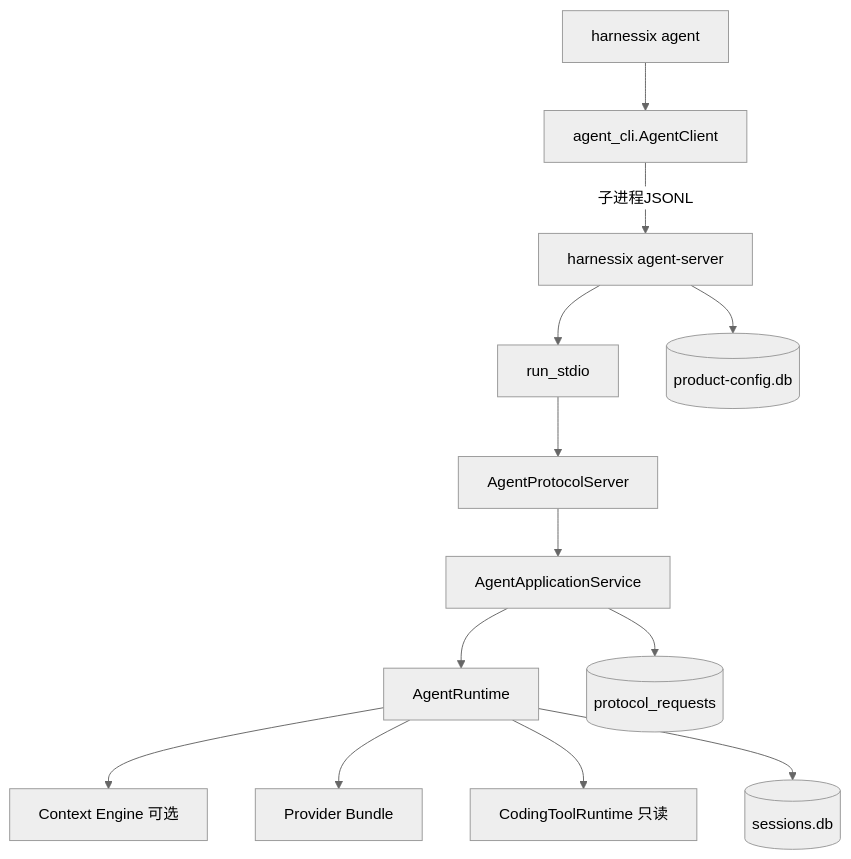
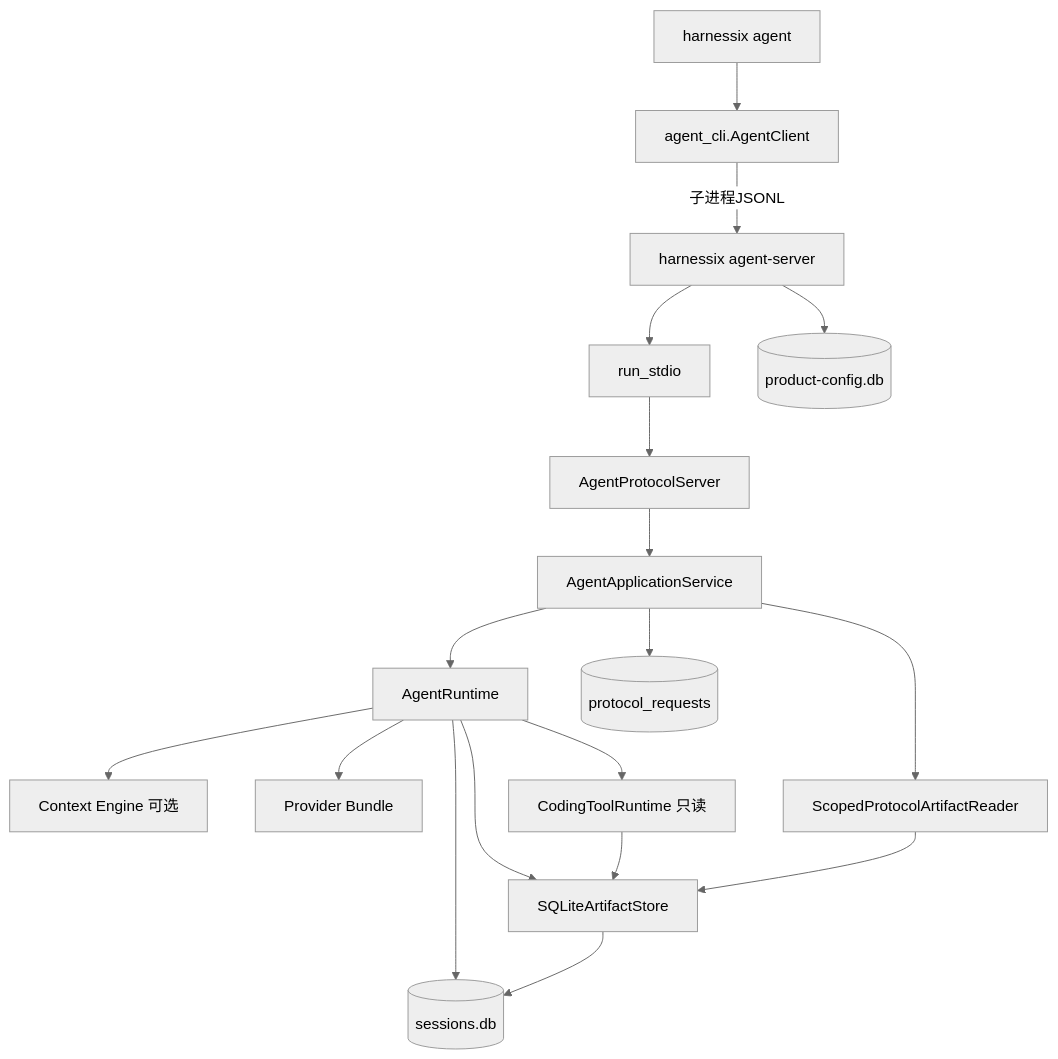
The second of 13 diagrams in docs/architecture.md (carrie1988/Harnessix), drawn with Mermaid (neutral theme) before and after one commit. The commit also changed other lines of this file and 27 other files, not shown here.

````diff
--- a/docs/architecture.md
+++ b/docs/architecture.md
@@ -184,24 +190,31 @@
 ```mermaid
 flowchart TD
     Entry[harnessix agent]
     Thin[agent_cli.AgentClient]
     Child[harnessix agent-server]
     Stdio[run_stdio]
     Server[AgentProtocolServer]
     Service[AgentApplicationService]
     Runtime[AgentRuntime]
     Context[Context Engine 可选]
     Model[Provider Bundle]
     Tools[CodingToolRuntime 只读]
+    Artifact[SQLiteArtifactStore]
+    Reader[ScopedProtocolArtifactReader]
     Session[(sessions.db)]
     Requests[(protocol_requests)]
     Config[(product-config.db)]
 
     Entry --> Thin -->|子进程JSONL| Child --> Stdio --> Server --> Service --> Runtime
     Runtime --> Context
     Runtime --> Model
     Runtime --> Tools
+    Runtime --> Artifact
+    Tools --> Artifact
+    Reader --> Artifact
+    Service --> Reader
     Runtime --> Session
+    Artifact --> Session
     Service --> Requests
     Child --> Config
 ```
````
